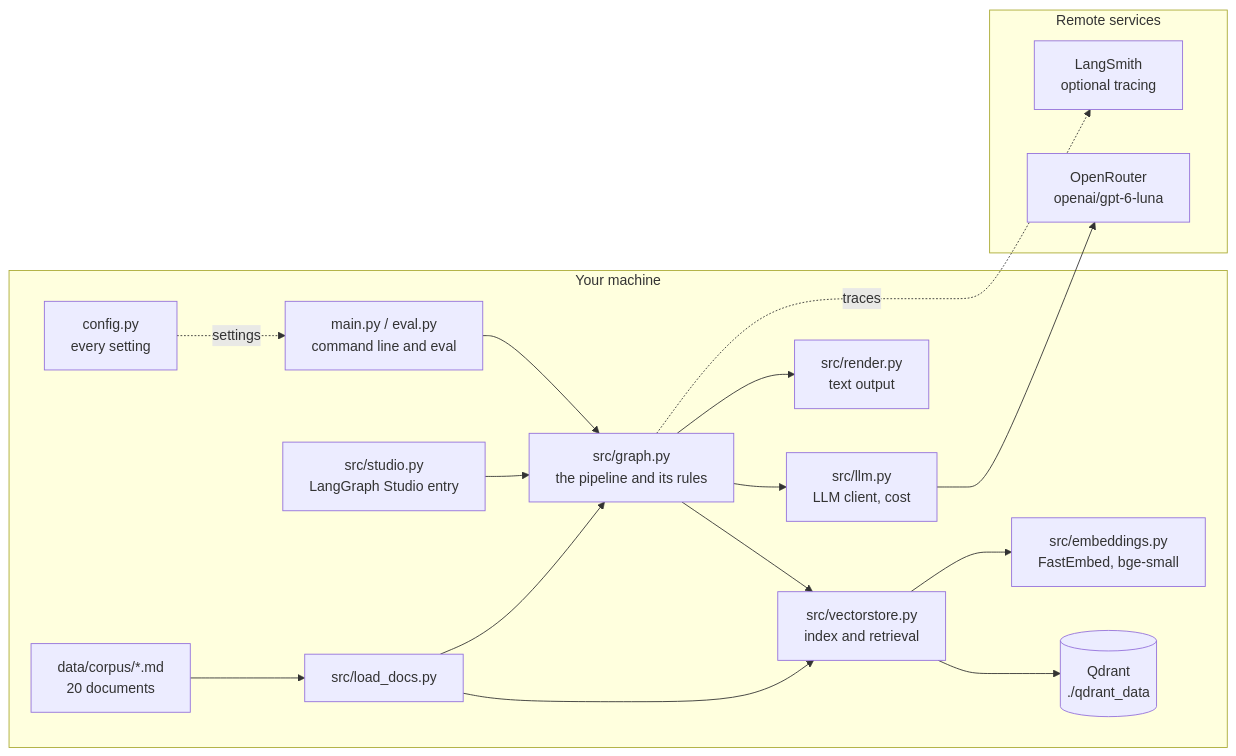
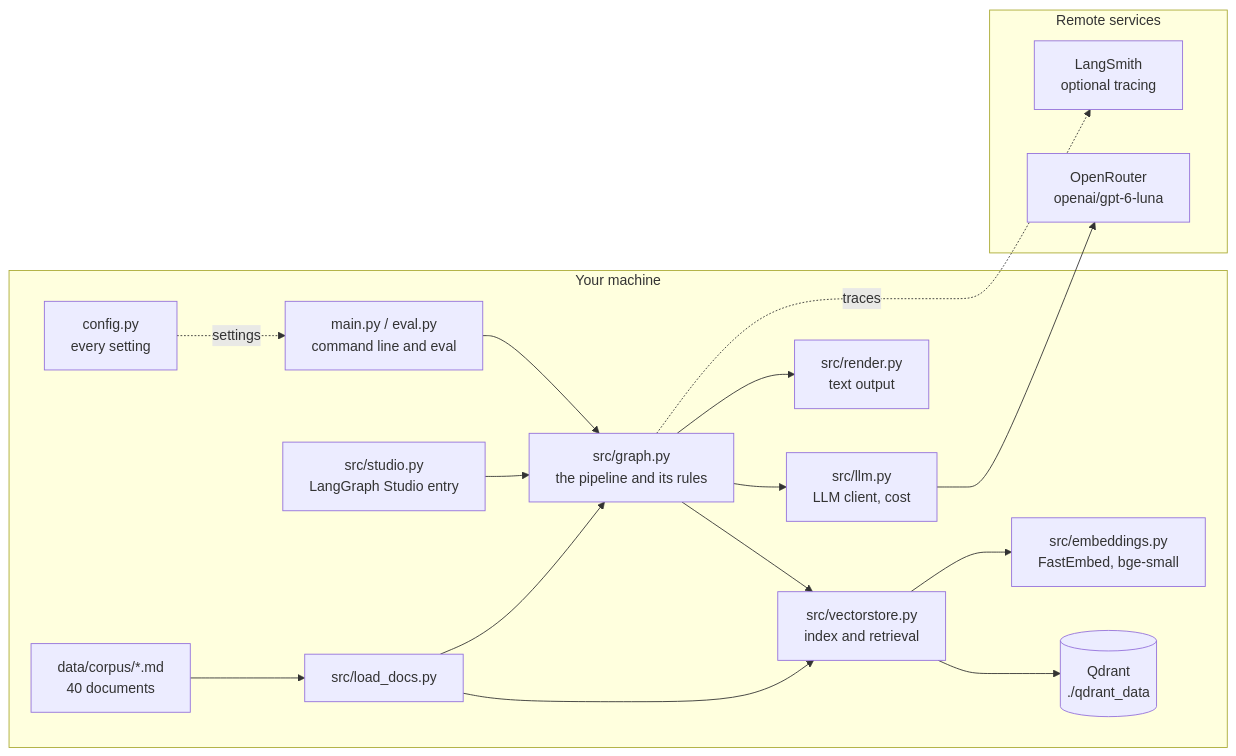
Before and after one commit to chrzanowski000/AICONIC-CRAG: the diagram in docs/architecture.md, drawn with Mermaid. The commit also changed other lines of this file and 33 other files, not shown here.

````diff
--- a/docs/architecture.md
+++ b/docs/architecture.md
@@ -20,30 +20,30 @@
 ```mermaid
 flowchart LR
   subgraph local[Your machine]
     CLI[main.py / eval.py<br/>command line and eval]
     STU[src/studio.py<br/>LangGraph Studio entry]
     CFG[config.py<br/>every setting]
     G[src/graph.py<br/>the pipeline and its rules]
     VS[src/vectorstore.py<br/>index and retrieval]
     EMB[src/embeddings.py<br/>FastEmbed, bge-small]
     Q[(Qdrant<br/>./qdrant_data)]
-    DOCS[data/corpus/*.md<br/>20 documents]
+    DOCS[data/corpus/*.md<br/>40 documents]
     LD[src/load_docs.py]
     LLM[src/llm.py<br/>LLM client, cost]
     R[src/render.py<br/>text output]
   end
   subgraph remote[Remote services]
     OR[OpenRouter<br/>openai/gpt-6-luna]
     LS[LangSmith<br/>optional tracing]
   end
   CLI --> G
   STU --> G
   CFG -. settings .-> CLI
   G --> VS --> Q
   VS --> EMB
   DOCS --> LD --> VS
   LD --> G
   G --> LLM --> OR
   G --> R
   G -. traces .-> LS
 ```
````
